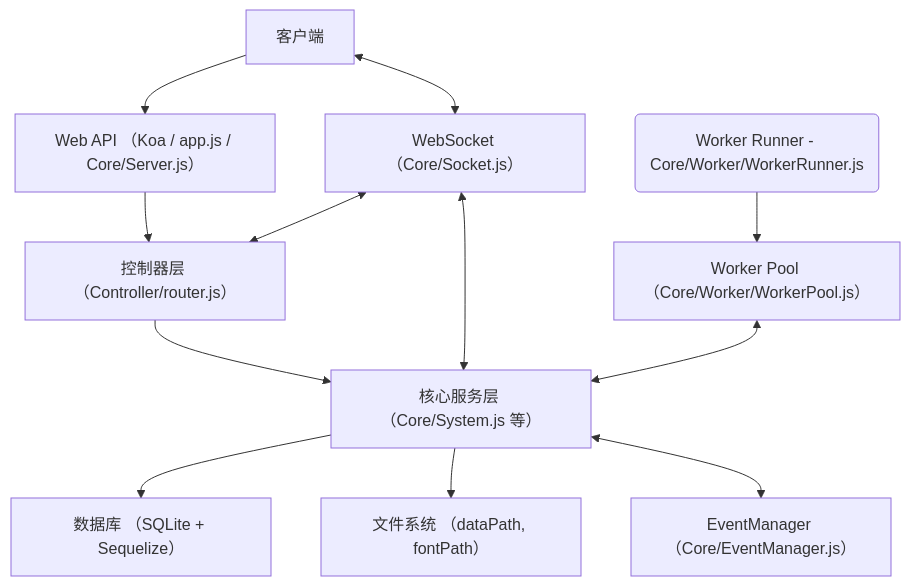
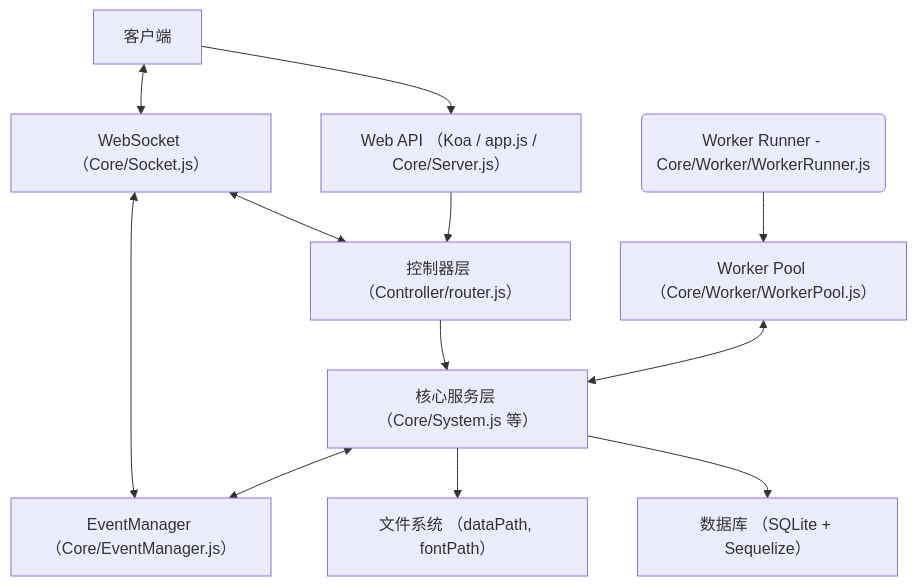
One commit to EbookWorkshop/Api changed the diagram in Readme.md. Above: the diagram before and after it, drawn with Mermaid. The commit also changed other lines of this file and 13 other files, not shown here.

````diff
--- a/Readme.md
+++ b/Readme.md
@@ -29,14 +29,14 @@
 ```mermaid
 graph TD
    A[客户端] --> B[Web API （Koa / app.js / Core/Server.js）]
    B --> C[控制器层 （Controller/router.js）]
    C --> D[核心服务层 （Core/System.js 等）]
    D --> E[数据库 （SQLite + Sequelize）]
    D --> F[文件系统 （dataPath, fontPath）]
    A <--> G[WebSocket （Core/Socket.js）]
+   D <--> J[EventManager （Core/EventManager.js）]
    G <--> C
-   G <--> D
-   D <--> J[EventManager （Core/EventManager.js）]
+   G <--> J
    H[Worker Pool （Core/Worker/WorkerPool.js）] <--> D
    I(Worker Runner - Core/Worker/WorkerRunner.js) --> H
 ```
````
